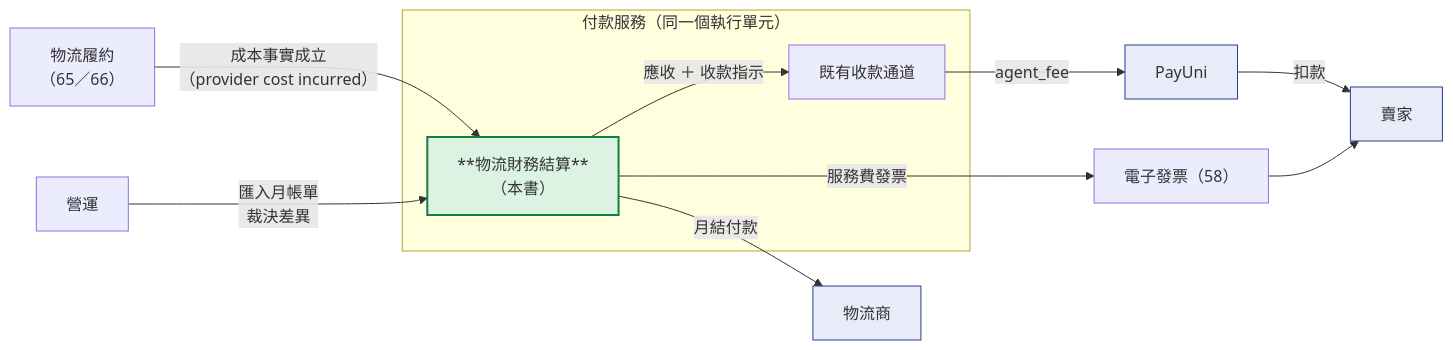
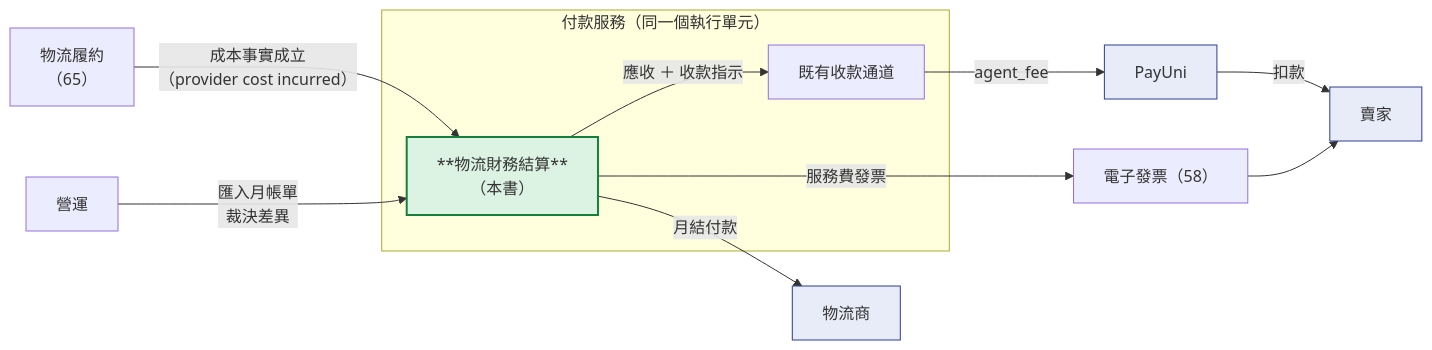
One commit to Will413028/hawkr changed the first of 8 diagrams in backend/docs/基本設計書/70-物流財務結算（Logistics Settlement & Receivable）基本設計書.md. Above: the diagram before and after it, drawn with Mermaid. The commit also changed other lines of this file and 80 other files, not shown here.

````diff
--- a/backend/docs/基本設計書/70-物流財務結算（Logistics Settlement & Receivable）基本設計書.md
+++ b/backend/docs/基本設計書/70-物流財務結算（Logistics Settlement & Receivable）基本設計書.md
@@ -55,20 +55,20 @@
 ```mermaid
 flowchart LR
-    SH["物流履約<br/>（65／66）"] -->|"成本事實成立<br/>（provider cost incurred）"| ST
+    SH["物流履約<br/>（65）"] -->|"成本事實成立<br/>（provider cost incurred）"| ST
 
     subgraph PMS["付款服務（同一個執行單元）"]
         ST["**物流財務結算**<br/>（本書）"] -->|"應收 ＋ 收款指示"| PM["既有收款通道"]
     end
 
     PM -->|"agent_fee"| PU["PayUni"]
     PU -->|"扣款"| SEL["賣家"]
     ST -->|"服務費發票"| INV["電子發票（58）"]
     INV --> SEL
     ADM["營運"] -->|"匯入月帳單<br/>裁決差異"| ST
     ST -->|"月結付款"| UB["物流商"]
 
     classDef me fill:#DCF3E4,stroke:#15803D,stroke-width:2px
     classDef ext fill:#E8ECF8,stroke:#2C3E8F
     class ST me
     class PU,UB,SEL ext
 ```
````
